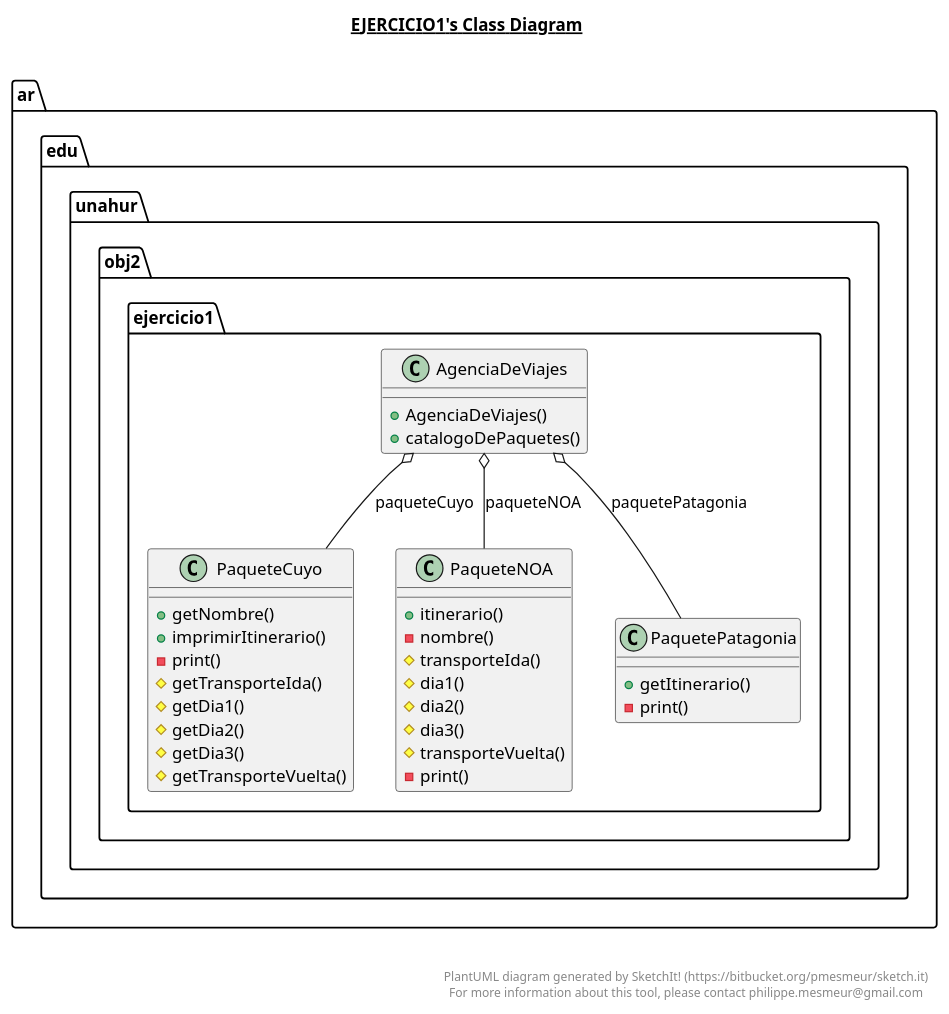
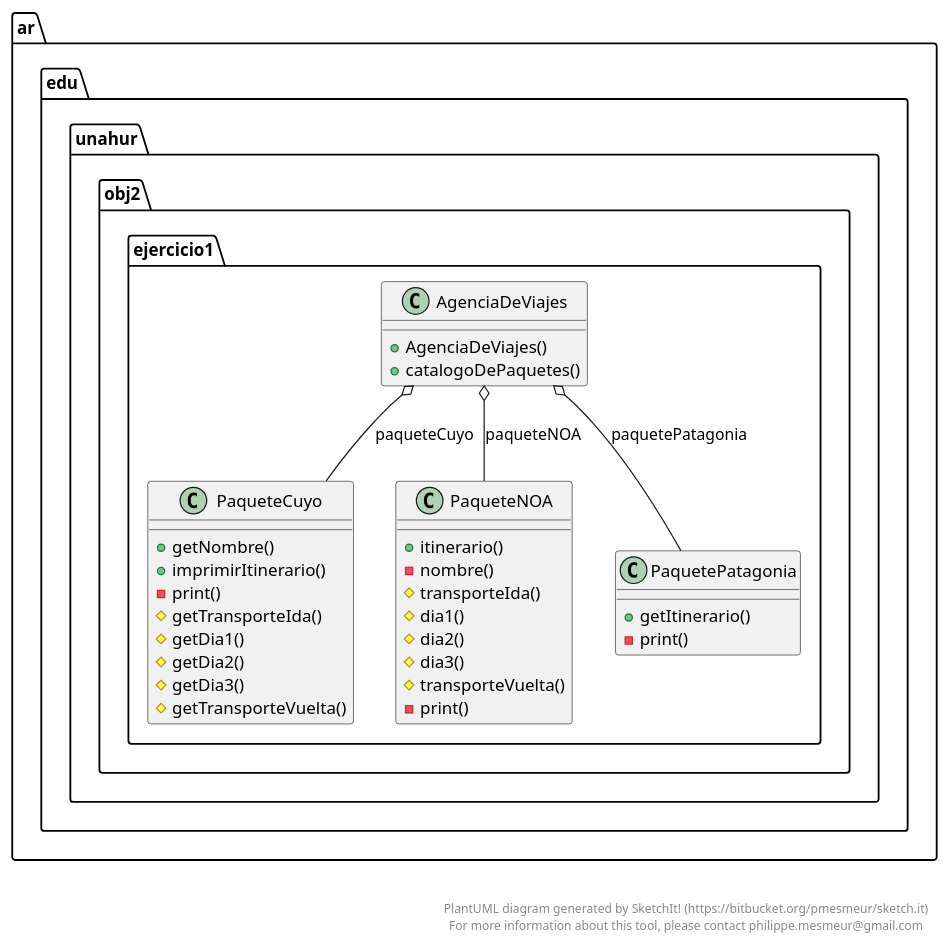
The diagram in src/main/java/ar/edu/unahur/obj2/ejercicio1/ejercicio1.plantuml (obj2-unahur/integrador-2019S1), drawn with PlantUML before and after one commit. The commit also changed 1 other file, not shown here.

Commit message:
diagrama

```diff
--- a/src/main/java/ar/edu/unahur/obj2/ejercicio1/ejercicio1.plantuml
+++ b/src/main/java/ar/edu/unahur/obj2/ejercicio1/ejercicio1.plantuml
@@ -1,61 +1,59 @@
 @startuml
-
-title __EJERCICIO1's Class Diagram__\n
 
   namespace ar.edu.unahur.obj2.ejercicio1 {
     class ar.edu.unahur.obj2.ejercicio1.AgenciaDeViajes {
         + AgenciaDeViajes()
         + catalogoDePaquetes()
     }
   }
   
 
   namespace ar.edu.unahur.obj2.ejercicio1 {
     class ar.edu.unahur.obj2.ejercicio1.PaqueteCuyo {
         + getNombre()
         + imprimirItinerario()
         - print()
         # getTransporteIda()
         # getDia1()
         # getDia2()
         # getDia3()
         # getTransporteVuelta()
     }
   }
   
 
   namespace ar.edu.unahur.obj2.ejercicio1 {
     class ar.edu.unahur.obj2.ejercicio1.PaqueteNOA {
         + itinerario()
         - nombre()
         # transporteIda()
         # dia1()
         # dia2()
         # dia3()
         # transporteVuelta()
         - print()
     }
   }
   
 
   namespace ar.edu.unahur.obj2.ejercicio1 {
     class ar.edu.unahur.obj2.ejercicio1.PaquetePatagonia {
         + getItinerario()
         - print()
     }
   }
   
 
   ar.edu.unahur.obj2.ejercicio1.AgenciaDeViajes o-- ar.edu.unahur.obj2.ejercicio1.PaqueteCuyo : paqueteCuyo
   ar.edu.unahur.obj2.ejercicio1.AgenciaDeViajes o-- ar.edu.unahur.obj2.ejercicio1.PaqueteNOA : paqueteNOA
   ar.edu.unahur.obj2.ejercicio1.AgenciaDeViajes o-- ar.edu.unahur.obj2.ejercicio1.PaquetePatagonia : paquetePatagonia
 
 
 right footer
 
 
 PlantUML diagram generated by SketchIt! (https://bitbucket.org/pmesmeur/sketch.it)
 For more information about this tool, please contact philippe.mesmeur@gmail.com
 endfooter
 
 @enduml
```
